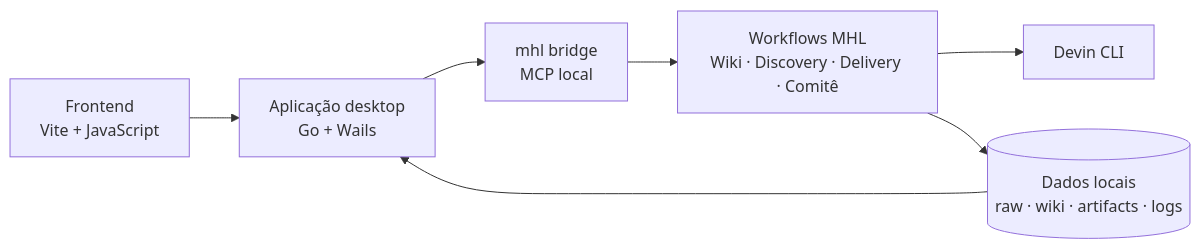
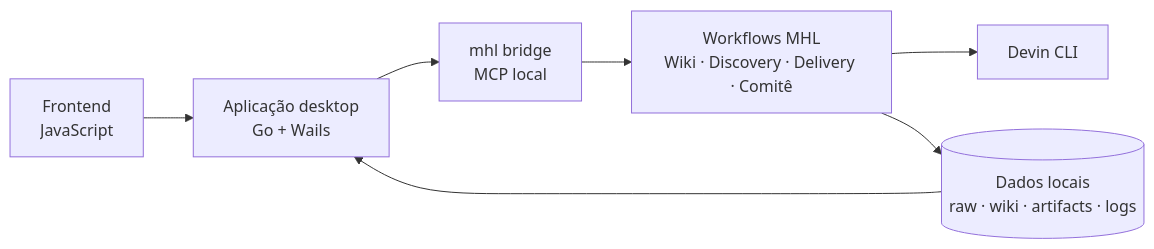
The diagram in README.md (yanjustino/proj-poc), drawn with Mermaid before and after one commit. The commit also changed other lines of this file and 35 other files, not shown here.

````diff
--- a/README.md
+++ b/README.md
@@ -58,9 +58,9 @@
 ```mermaid
 flowchart LR
-    UI[Frontend<br>Vite + JavaScript] --> APP[Aplicação desktop<br>Go + Wails]
+    UI[Frontend<br>JavaScript] --> APP[Aplicação desktop<br>Go + Wails]
     APP --> BRIDGE[mhl bridge<br>MCP local]
     BRIDGE --> WF[Workflows MHL<br>Wiki · Discovery · Delivery · Comitê]
     WF --> LLM[Devin CLI]
     WF --> DATA[(Dados locais<br>raw · wiki · artifacts · logs)]
     DATA --> APP
 ```
````
